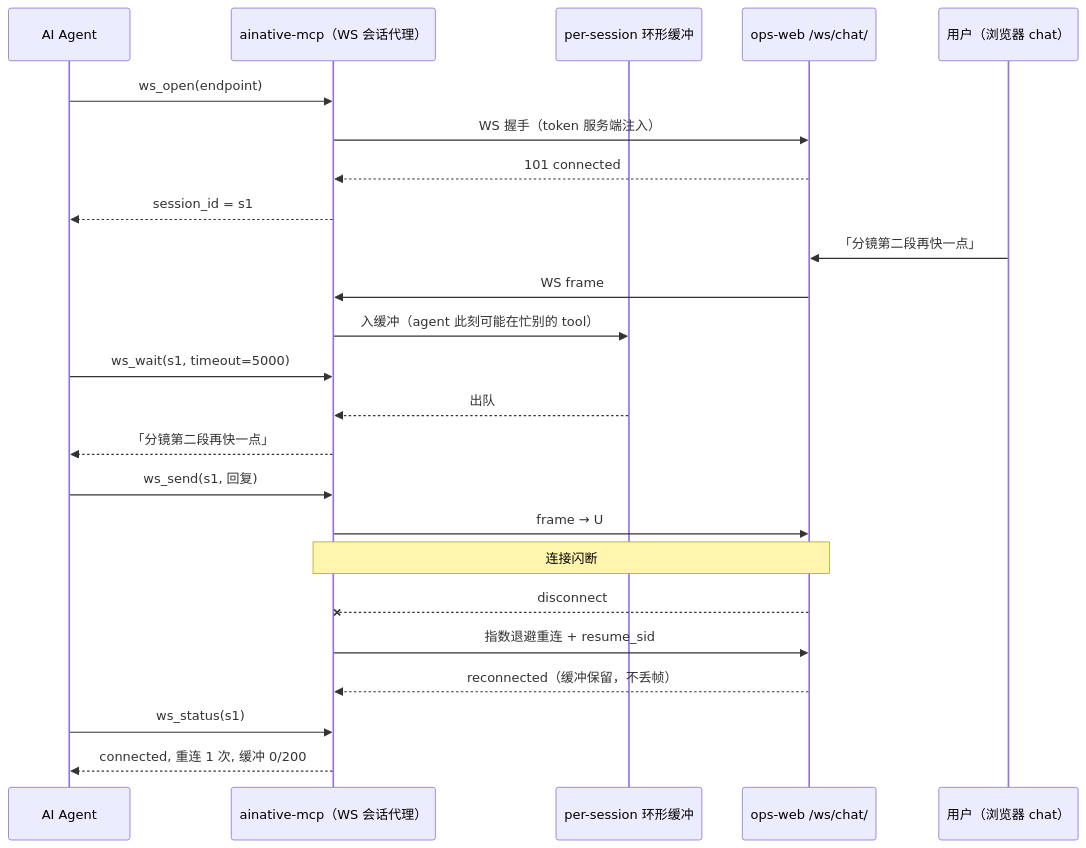
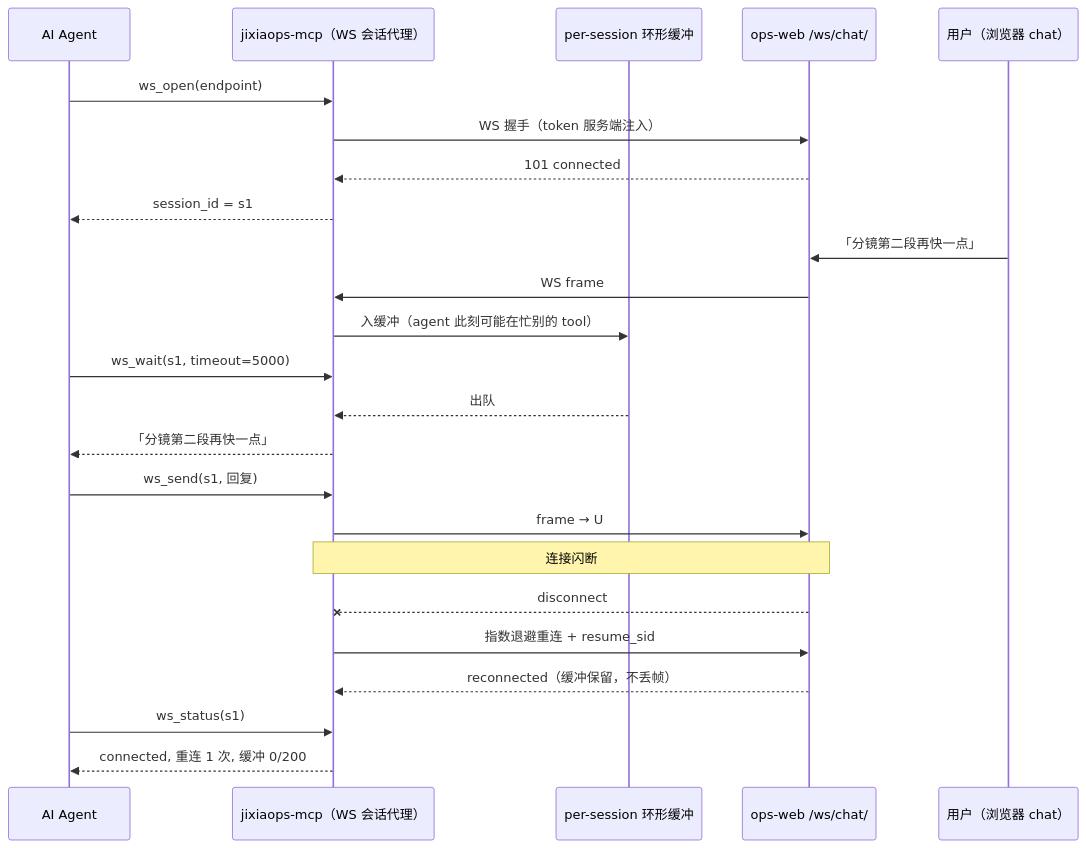
The fifth of 9 diagrams in docs/agent-plugin-architecture.md (huaweicloud-mate/jixiaops-cli), drawn with Mermaid before and after one commit. The commit also changed other lines of this file and 11 other files, not shown here.

First line of the commit message:
v0.5.0: 更名 ainative → jixiaops（包名/bin/配置目录/env，旧环境零迁移）

````diff
--- a/docs/agent-plugin-architecture.md
+++ b/docs/agent-plugin-architecture.md
@@ -253,32 +253,32 @@
 ```mermaid
 sequenceDiagram
     participant Ag as AI Agent
-    participant Mcp as ainative-mcp（WS 会话代理）
+    participant Mcp as jixiaops-mcp（WS 会话代理）
     participant Buf as per-session 环形缓冲
     participant OW as ops-web /ws/chat/
     participant U as 用户（浏览器 chat）
 
     Ag->>Mcp: ws_open(endpoint)
     Mcp->>OW: WS 握手（token 服务端注入）
     OW-->>Mcp: 101 connected
     Mcp-->>Ag: session_id = s1
 
     U->>OW: 「分镜第二段再快一点」
     OW->>Mcp: WS frame
     Mcp->>Buf: 入缓冲（agent 此刻可能在忙别的 tool）
 
     Ag->>Mcp: ws_wait(s1, timeout=5000)
     Buf-->>Mcp: 出队
     Mcp-->>Ag: 「分镜第二段再快一点」
 
     Ag->>Mcp: ws_send(s1, 回复)
     Mcp->>OW: frame → U
 
     Note over Mcp,OW: 连接闪断
     OW--xMcp: disconnect
     Mcp->>OW: 指数退避重连 + resume_sid
     OW-->>Mcp: reconnected（缓冲保留，不丢帧）
 
     Ag->>Mcp: ws_status(s1)
     Mcp-->>Ag: connected, 重连 1 次, 缓冲 0/200
 ```
````
